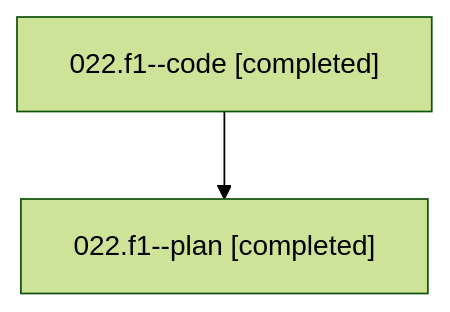
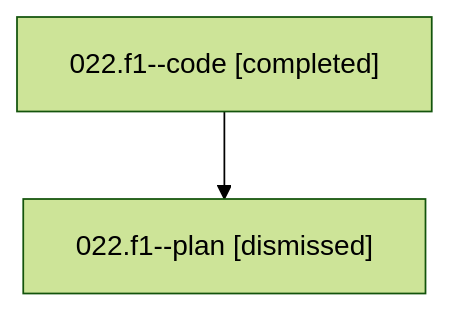
The diagram in families/bbugyi200.athena.022.f1.md (bobs-org/bob-cli--agents), drawn with Mermaid (forest theme) before and after one commit. The commit also changed other lines of this file and 265 other files, not shown here.

````diff
--- a/families/bbugyi200.athena.022.f1.md
+++ b/families/bbugyi200.athena.022.f1.md
@@ -9,6 +9,6 @@
 ```mermaid
 flowchart TD
   n0["022.f1--code [completed]"]
-  n1["022.f1--plan [completed]"]
+  n1["022.f1--plan [dismissed]"]
   n0 --> n1
 ```
````
